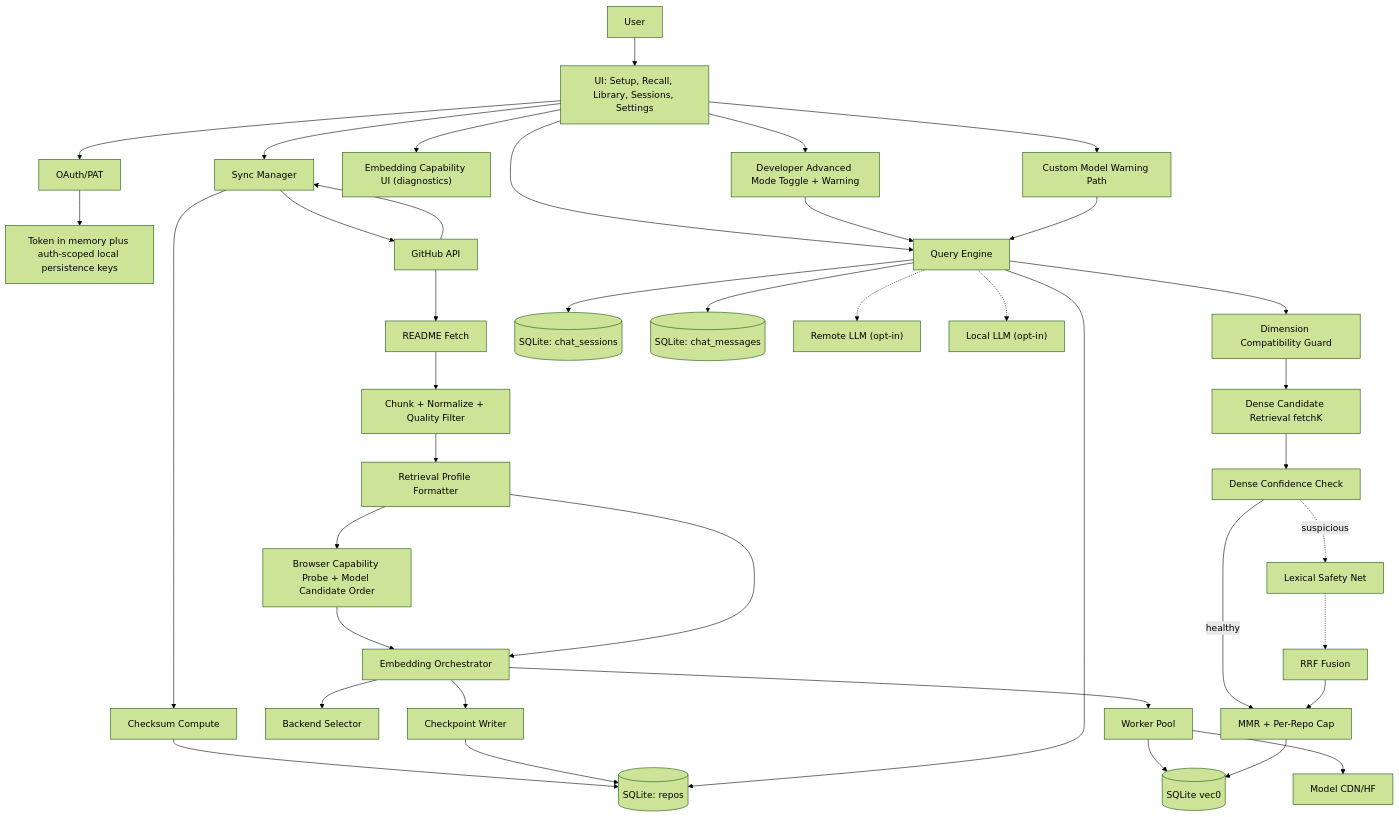
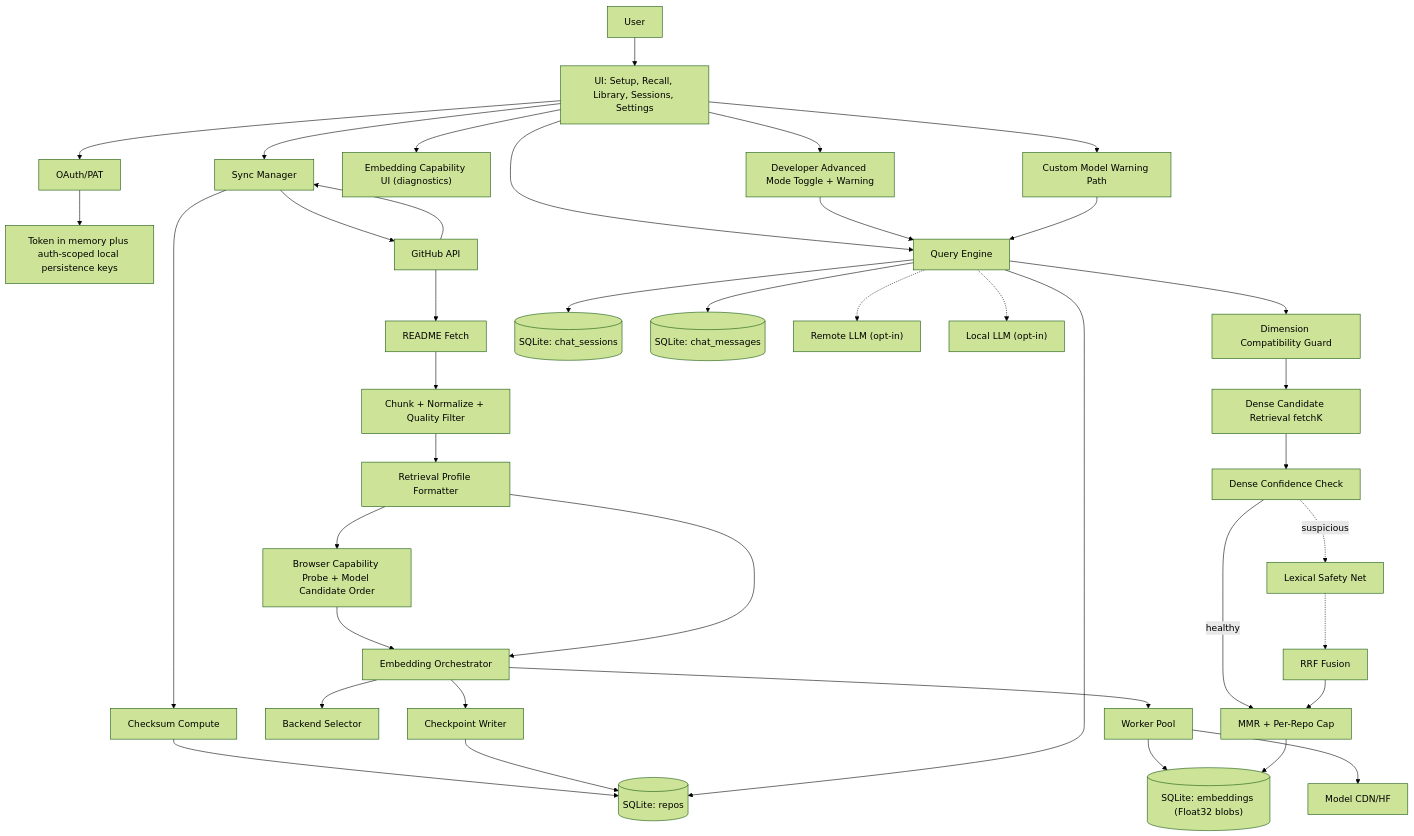
Before and after one commit to Abhinandan-Khurana/GitStarRecall: the second of 2 diagrams in docs/dfd-diagrams.md, drawn with Mermaid (forest theme). The commit also changed other lines of this file and 13 other files, not shown here.

````diff
--- a/docs/dfd-diagrams.md
+++ b/docs/dfd-diagrams.md
@@ -89,47 +89,47 @@
 ```mermaid
 flowchart TD
   User[User] --> UI2[UI: Setup, Recall, Library, Sessions, Settings]
 
   UI2 --> Auth2[OAuth/PAT]
   Auth2 --> Token[Token in memory plus auth-scoped local persistence keys]
 
   UI2 --> Sync2[Sync Manager]
   UI2 --> CapUI["Embedding Capability UI (diagnostics)"]
   Sync2 --> GH2[GitHub API]
   GH2 --> Sync2
   Sync2 --> Checksum[Checksum Compute]
   Checksum --> RepoStore[(SQLite: repos)]
   GH2 --> Readme[README Fetch]
   Readme --> Chunker["Chunk + Normalize + Quality Filter"]
   Chunker --> ProfileFmt["Retrieval Profile Formatter"]
   ProfileFmt --> CapProbe2["Browser Capability Probe + Model Candidate Order"]
   CapProbe2 --> Orchestrator2
   ProfileFmt --> Orchestrator2
   Orchestrator2[Embedding Orchestrator]
   Orchestrator2 --> Selector2[Backend Selector]
   Orchestrator2 --> Pool2[Worker Pool]
-  Pool2 --> VecStore[(SQLite vec0)]
+  Pool2 --> VecStore[("SQLite: embeddings (Float32 blobs)")]
   Orchestrator2 --> Checkpoint2[Checkpoint Writer]
   Checkpoint2 --> RepoStore
   Pool2 --> ModelCDN2["Model CDN/HF"]
 
   UI2 --> Query2[Query Engine]
   Query2 --> Guard["Dimension Compatibility Guard"]
   Guard --> Dense2["Dense Candidate Retrieval fetchK"]
   Dense2 --> Confidence2["Dense Confidence Check"]
   Confidence2 -->|healthy| Rerank2["MMR + Per-Repo Cap"]
   Confidence2 -.->|suspicious| Lex2["Lexical Safety Net"]
   Lex2 -.-> Fuse2["RRF Fusion"]
   Fuse2 --> Rerank2
   Rerank2 --> VecStore
   Query2 --> RepoStore
   Query2 --> SessionStore[(SQLite: chat_sessions)]
   Query2 --> MessageStore[(SQLite: chat_messages)]
   UI2 --> CustomWarn["Custom Model Warning Path"]
   UI2 --> SudoToggle["Developer Advanced Mode Toggle + Warning"]
   SudoToggle --> Query2
   CustomWarn --> Query2
 
   Query2 -.-> RemoteLLM["Remote LLM (opt-in)"]
   Query2 -.-> LocalLLM2["Local LLM (opt-in)"]
 ```
````
